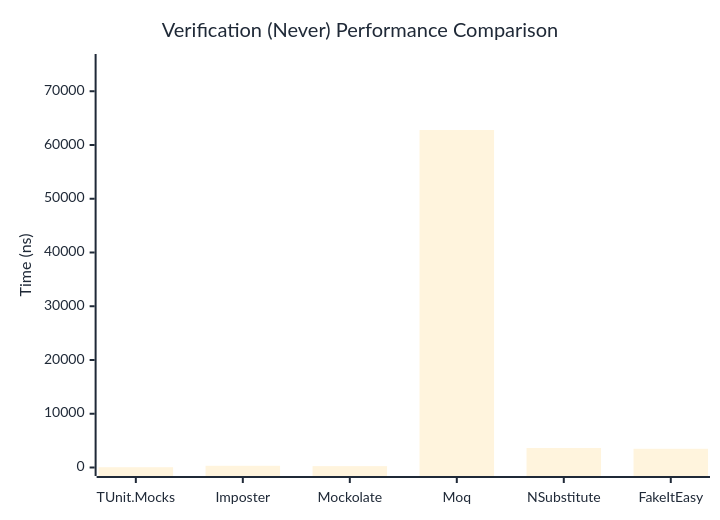
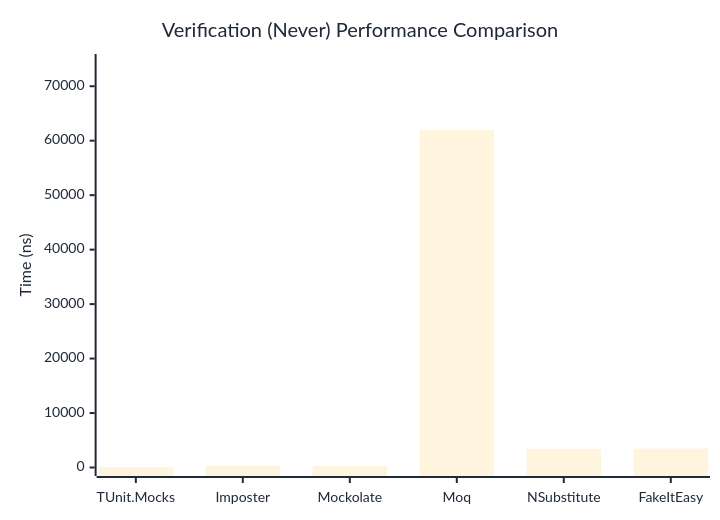
One commit to thomhurst/TUnit changed the second of 3 diagrams in docs/docs/benchmarks/mocks/Verification.md. Above: the diagram before and after it, drawn with Mermaid. The commit also changed other lines of this file and 14 other files, not shown here.

````diff
--- a/docs/docs/benchmarks/mocks/Verification.md
+++ b/docs/docs/benchmarks/mocks/Verification.md
@@ -69,27 +69,27 @@
 ```mermaid
 %%{init: {
   'theme':'base',
   'themeVariables': {
     'primaryColor': '#2563eb',
     'primaryTextColor': '#1f2937',
     'primaryBorderColor': '#1e40af',
     'lineColor': '#6b7280',
     'secondaryColor': '#7c3aed',
     'tertiaryColor': '#dc2626',
     'background': '#ffffff',
     'pie1': '#2563eb',
     'pie2': '#7c3aed',
     'pie3': '#dc2626',
     'pie4': '#f59e0b',
     'pie5': '#10b981',
     'pie6': '#06b6d4',
     'pie7': '#ec4899',
     'pie8': '#6366f1'
   }
 }}%%
 xychart-beta
   title "Verification (Never) Performance Comparison"
   x-axis ["TUnit.Mocks", "Imposter", "Mockolate", "Moq", "NSubstitute", "FakeItEasy"]
-  y-axis "Time (ns)" 0 --> 75347
-  bar [51.52, 320.22, 254.2, 62788.56, 3628.13, 3479.17]
+  y-axis "Time (ns)" 0 --> 74356
+  bar [51.82, 323.52, 249.31, 61962.71, 3445.53, 3465.76]
 ```
````
